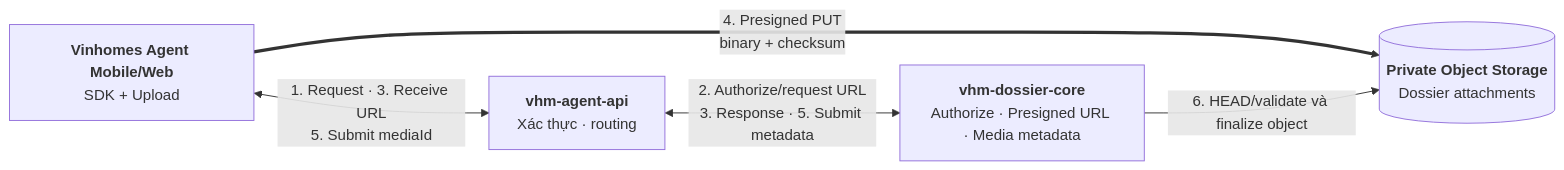
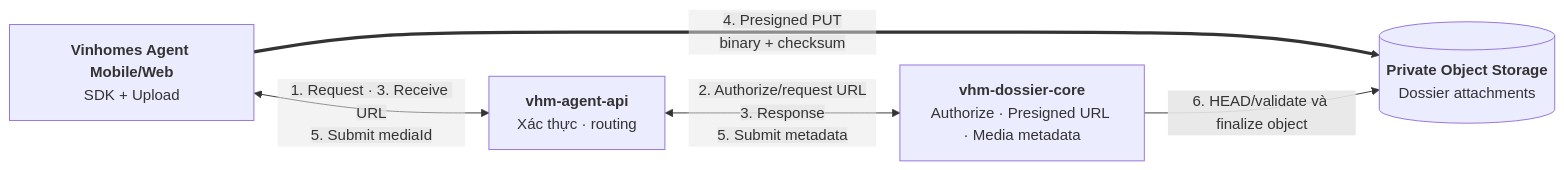
One commit to huynv-xyz/vhm changed the first of 10 diagrams in noxh.md. Above: the diagram before and after it, drawn with Mermaid. The commit also changed other lines of this file, not shown here.

````diff
--- a/noxh.md
+++ b/noxh.md
@@ -141,12 +141,20 @@
 ```mermaid
 flowchart LR
-    AGENT["<b>Vinhomes Agent Mobile/Web</b><br/>SDK + Upload"]
-    BFF["<b>vhm-agent-api</b><br/>Xác thực · routing"]
-    NOXH["<b>vhm-dossier-core</b><br/>Authorize · Presigned URL · Media metadata"]
-    MEDIA[("<b>Private Object Storage</b><br/>Dossier attachments")]
+    AGENT["`**Vinhomes Agent Mobile/Web**
+SDK + Upload`"]
+    BFF["`**vhm-agent-api**
+Xác thực · routing`"]
+    NOXH["`**vhm-dossier-core**
+Authorize · Presigned URL · Media metadata`"]
+    MEDIA[("`**Private Object Storage**
+Dossier attachments`")]
 
-    AGENT <-->|"1. Request · 3. Receive URL<br/>5. Submit mediaId"| BFF
-    BFF <-->|"2. Authorize/request URL<br/>3. Response · 5. Submit metadata"| NOXH
-    AGENT ==>|"4. Presigned PUT<br/>binary + checksum"| MEDIA
+    AGENT <-->|"`1. Request · 3. Receive URL
+5. Submit mediaId`"| BFF
+    BFF <-->|"`2. Authorize/request URL
+3. Response
+5. Submit metadata`"| NOXH
+    AGENT ==>|"`4. Presigned PUT
+binary + checksum`"| MEDIA
     NOXH -->|"6. HEAD/validate và finalize object"| MEDIA
 ```
````
